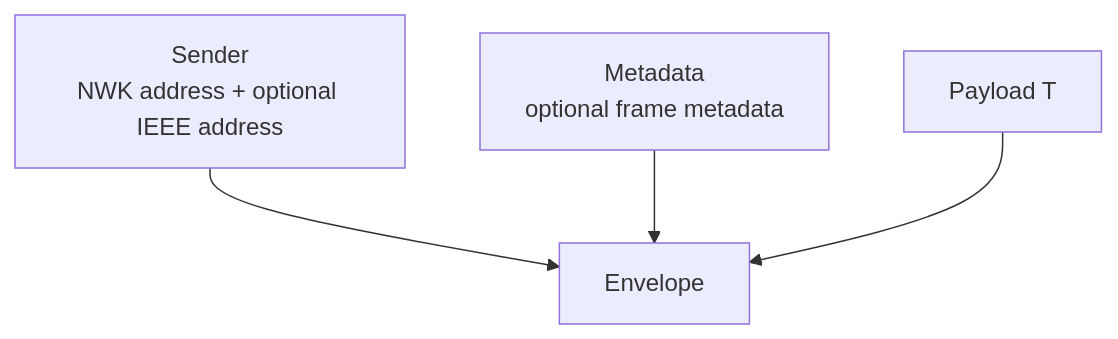
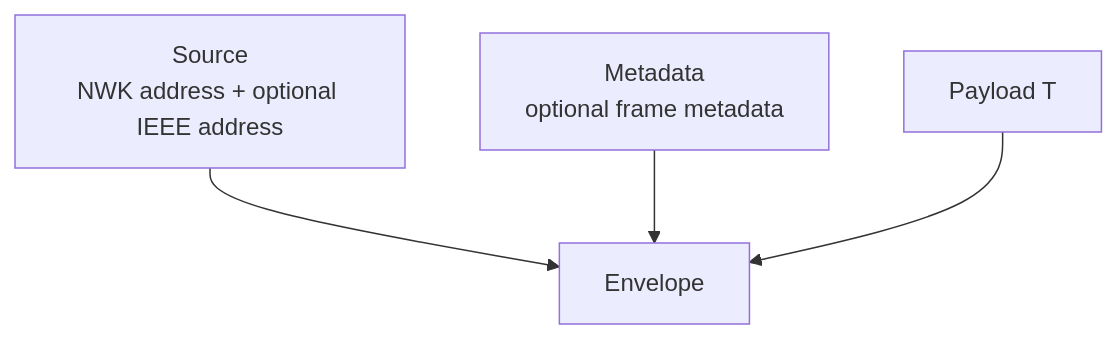
One commit to PaulmannLighting/apis-saltans changed the diagram in apis-saltans-nwk/ARCHITECTURE.md. Above: the diagram before and after it, drawn with Mermaid. The commit also changed other lines of this file and 39 other files, not shown here.

````diff
--- a/apis-saltans-nwk/ARCHITECTURE.md
+++ b/apis-saltans-nwk/ARCHITECTURE.md
@@ -7,11 +7,11 @@
 ```mermaid
 flowchart TD
-    Sender["Sender<br/>NWK address + optional IEEE address"]
+    Source["Source<br/>NWK address + optional IEEE address"]
     Metadata["Metadata<br/>optional frame metadata"]
     Payload["Payload T"]
     Envelope["Envelope<T>"]
 
-    Sender --> Envelope
+    Source --> Envelope
     Metadata --> Envelope
     Payload --> Envelope
 ```
````
